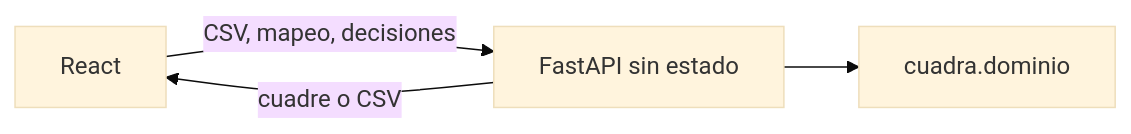
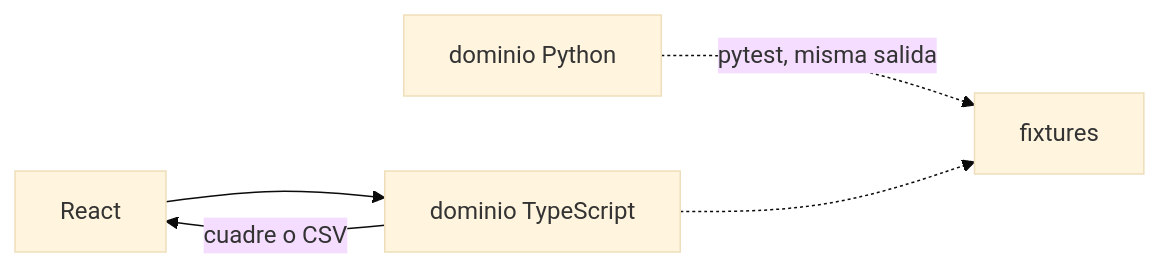
The diagram in README.md (SebastianZaruha/cuadra), drawn with Mermaid (base theme) before and after one commit. The commit also changed other lines of this file and 39 other files, not shown here.

````diff
--- a/README.md
+++ b/README.md
@@ -48,6 +47,7 @@
 ```mermaid
 flowchart LR
-  UI["React"] -->|"CSV, mapeo, decisiones"| API["FastAPI sin estado"]
-  API --> DOM["cuadra.dominio"]
-  API -->|"cuadre o CSV"| UI
+  UI["React"] --> DOM["dominio TypeScript"]
+  DOM -->|"cuadre o CSV"| UI
+  PY["dominio Python"] -.->|"pytest, misma salida"| FIX["fixtures"]
+  DOM -.-> FIX
 ```
````
